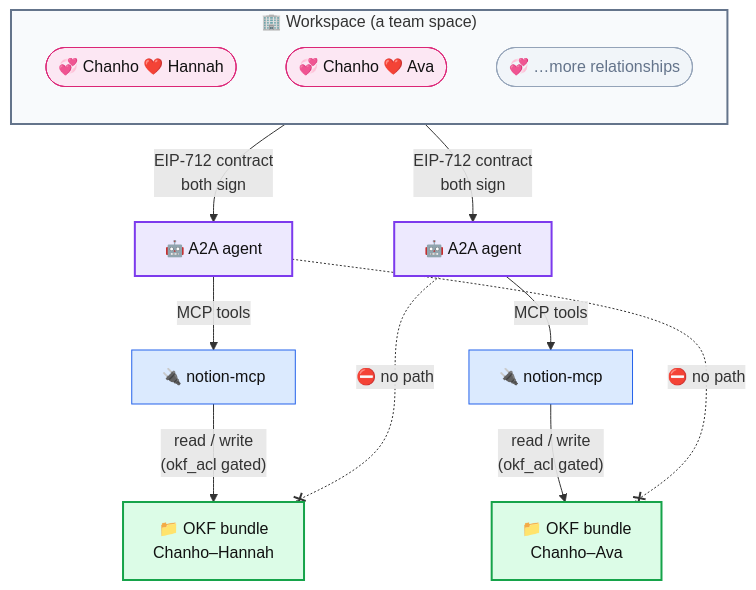
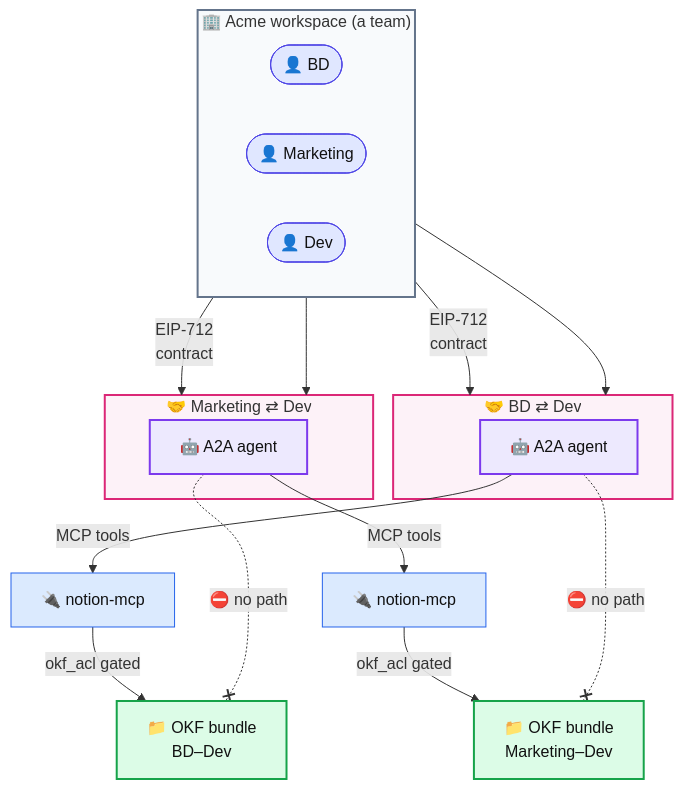
One commit to ainetwork-ai/relational-agents changed the diagram in README.md. Above: the diagram before and after it, drawn with Mermaid. The commit also changed other lines of this file, not shown here.

Commit message:
Recast the architecture example as a team
A workspace is a team; relationships form between members (BD ⇄ Dev,
Marketing ⇄ Dev), each with its own agent and isolated OKF bundle — Dev's two
relationships get two separate agents. Point OKF to the official Open
Knowledge Format writeup.

````diff
--- a/README.md
+++ b/README.md
@@ -77,32 +79,40 @@
 ```mermaid
 flowchart TB
-    subgraph WS["🏢 Workspace (a team space)"]
-        direction TB
-        R1(["💞 Chanho ❤️ Hannah"])
-        R2(["💞 Chanho ❤️ Ava"])
-        R3(["💞 …more relationships"])
+    subgraph WS["🏢 Acme workspace (a team)"]
+        direction LR
+        BD(["👤 BD"])
+        MK(["👤 Marketing"])
+        DV(["👤 Dev"])
     end
 
-    R1 -->|"EIP-712 contract<br/>both sign"| A1["🤖 A2A agent"]
-    R2 -->|"EIP-712 contract<br/>both sign"| A2["🤖 A2A agent"]
+    subgraph REL1["🤝 BD ⇄ Dev"]
+        A1["🤖 A2A agent"]
+    end
+    subgraph REL2["🤝 Marketing ⇄ Dev"]
+        A2["🤖 A2A agent"]
+    end
 
-    A1 -->|"MCP tools"| M1["🔌 notion-mcp"]
-    A2 -->|"MCP tools"| M2["🔌 notion-mcp"]
+    BD -->|"EIP-712<br/>contract"| REL1
+    DV --> REL1
+    MK -->|"EIP-712<br/>contract"| REL2
+    DV --> REL2
 
-    M1 -->|"read / write<br/>(okf_acl gated)"| O1["📁 OKF bundle<br/>Chanho–Hannah"]
-    M2 -->|"read / write<br/>(okf_acl gated)"| O2["📁 OKF bundle<br/>Chanho–Ava"]
+    A1 -->|"MCP tools"| M1["🔌 notion-mcp"] -->|"okf_acl gated"| O1["📁 OKF bundle<br/>BD–Dev"]
+    A2 -->|"MCP tools"| M2["🔌 notion-mcp"] -->|"okf_acl gated"| O2["📁 OKF bundle<br/>Marketing–Dev"]
 
     A1 -. "⛔ no path" .-x O2
     A2 -. "⛔ no path" .-x O1
 
     style WS fill:#f8fafc,stroke:#64748b,stroke-width:2px
-    style R1 fill:#fce7f3,stroke:#db2777,color:#111
-    style R2 fill:#fce7f3,stroke:#db2777,color:#111
-    style R3 fill:#f1f5f9,stroke:#94a3b8,color:#64748b
+    style BD fill:#e0e7ff,stroke:#4f46e5,color:#111
+    style MK fill:#e0e7ff,stroke:#4f46e5,color:#111
+    style DV fill:#e0e7ff,stroke:#4f46e5,color:#111
+    style REL1 fill:#fdf2f8,stroke:#db2777,stroke-width:2px
+    style REL2 fill:#fdf2f8,stroke:#db2777,stroke-width:2px
     style A1 fill:#ede9fe,stroke:#7c3aed,stroke-width:2px,color:#111
     style A2 fill:#ede9fe,stroke:#7c3aed,stroke-width:2px,color:#111
     style M1 fill:#dbeafe,stroke:#2563eb,color:#111
     style M2 fill:#dbeafe,stroke:#2563eb,color:#111
     style O1 fill:#dcfce7,stroke:#16a34a,stroke-width:2px,color:#111
     style O2 fill:#dcfce7,stroke:#16a34a,stroke-width:2px,color:#111
 ```
````
